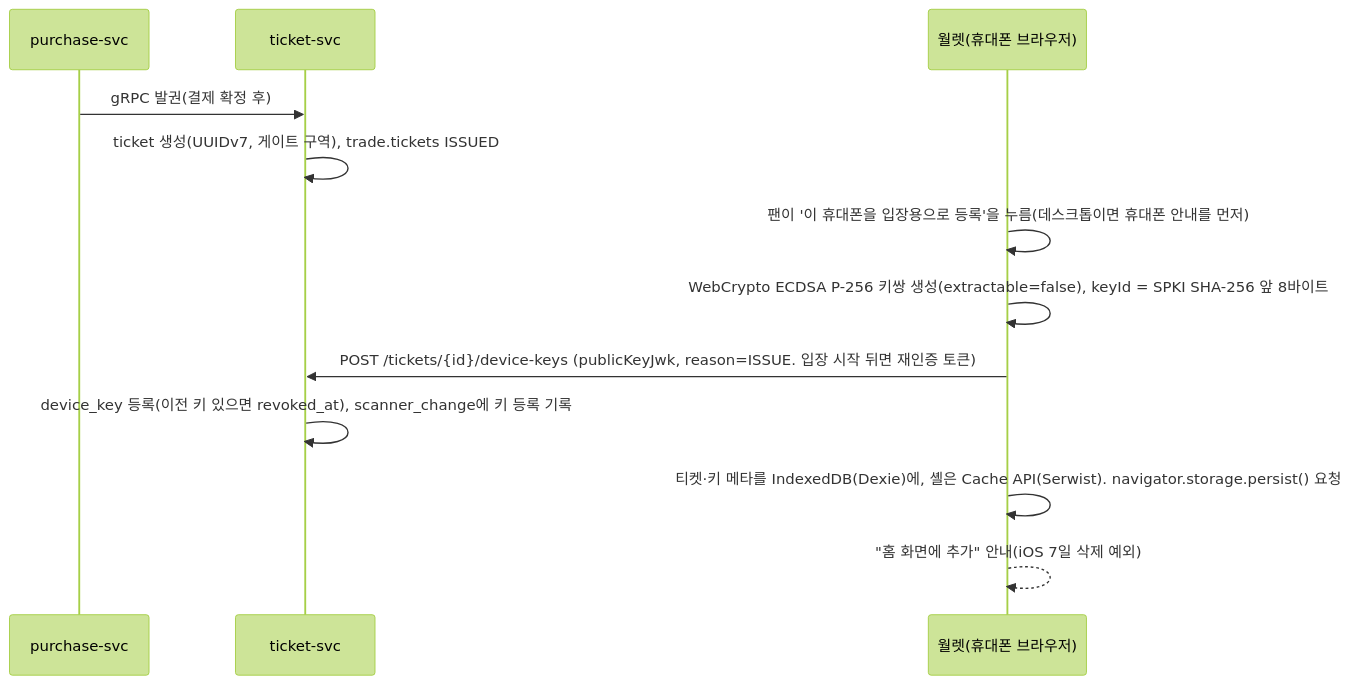
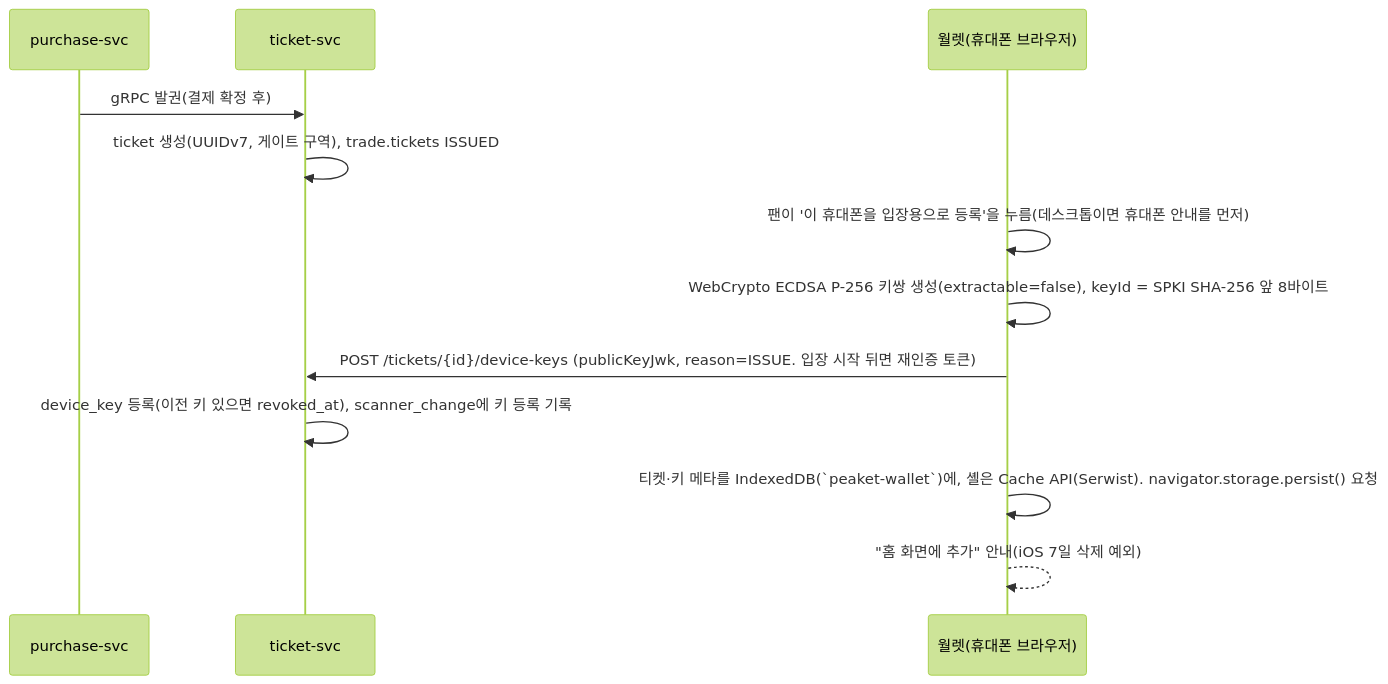
Before and after one commit to peaket/peaket: the first of 2 diagrams in docs/features/offline-gate.md, drawn with Mermaid (forest theme). The commit also changed other lines of this file and 211 other files, not shown here.

````diff
--- a/docs/features/offline-gate.md
+++ b/docs/features/offline-gate.md
@@ -49,14 +49,14 @@
 ```mermaid
 sequenceDiagram
     participant P as purchase-svc
     participant T as ticket-svc
     participant W as 월렛(휴대폰 브라우저)
     P->>T: gRPC 발권(결제 확정 후)
     T->>T: ticket 생성(UUIDv7, 게이트 구역), trade.tickets ISSUED
     W->>W: 팬이 '이 휴대폰을 입장용으로 등록'을 누름(데스크톱이면 휴대폰 안내를 먼저)
     W->>W: WebCrypto ECDSA P-256 키쌍 생성(extractable=false), keyId = SPKI SHA-256 앞 8바이트
     W->>T: POST /tickets/{id}/device-keys (publicKeyJwk, reason=ISSUE. 입장 시작 뒤면 재인증 토큰)
     T->>T: device_key 등록(이전 키 있으면 revoked_at), scanner_change에 키 등록 기록
-    W->>W: 티켓·키 메타를 IndexedDB(Dexie)에, 셸은 Cache API(Serwist). navigator.storage.persist() 요청
+    W->>W: 티켓·키 메타를 IndexedDB(`peaket-wallet`)에, 셸은 Cache API(Serwist). navigator.storage.persist() 요청
     W-->>W: "홈 화면에 추가" 안내(iOS 7일 삭제 예외)
 ```
````
